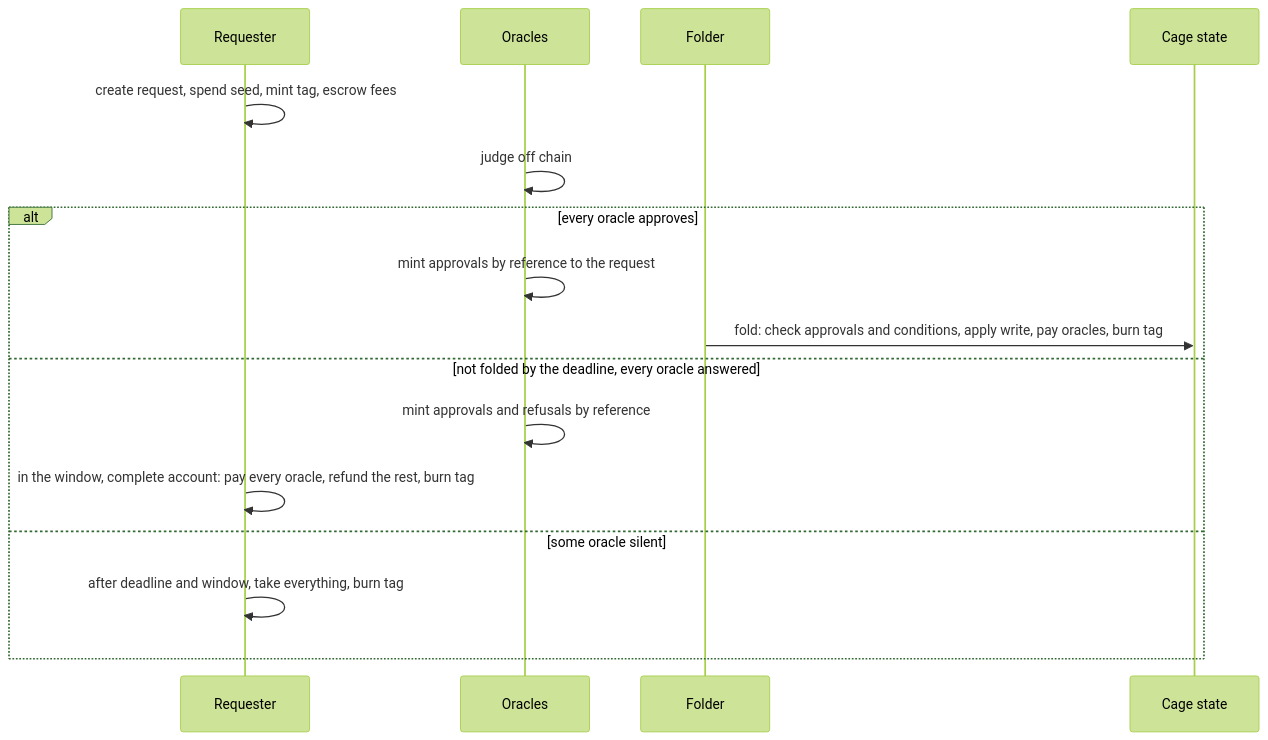
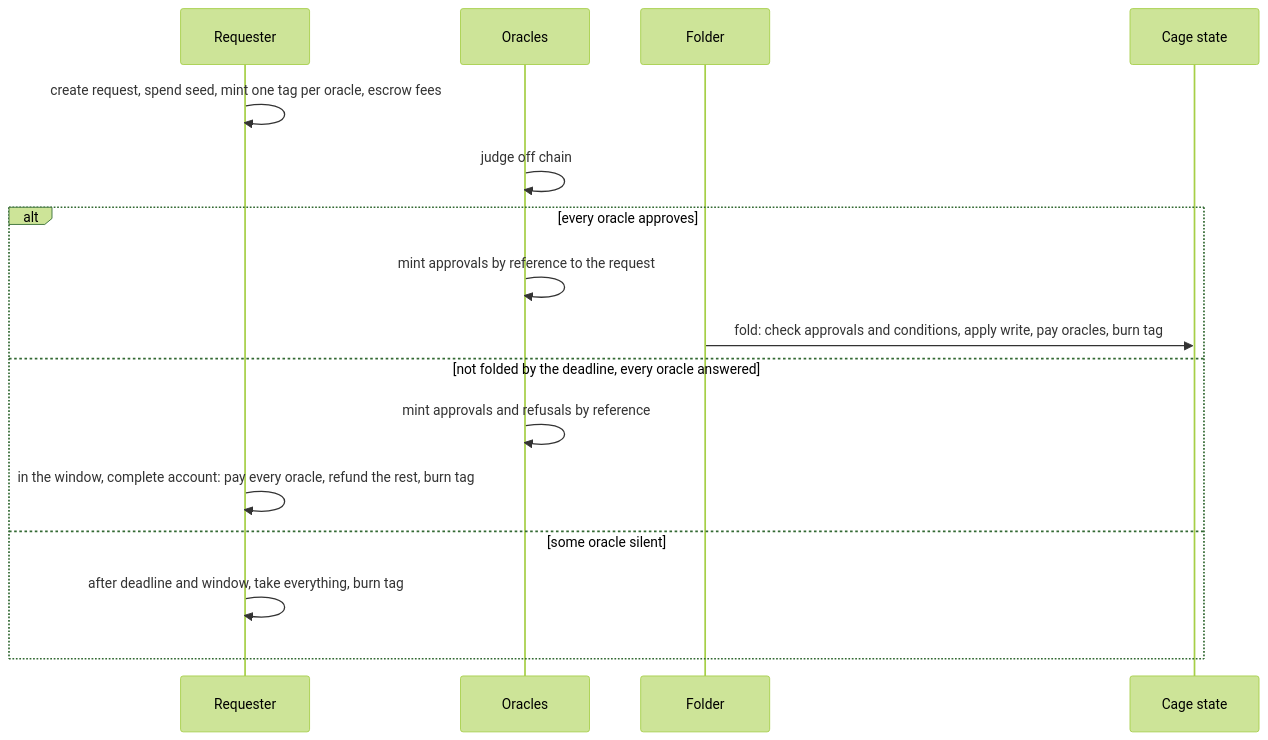
The diagram in specs/request-approval-fold/decisions.md (cardano-foundation/cardano-mpfs-onchain), drawn with Mermaid (forest theme) before and after one commit. The commit also changed other lines of this file and 5 other files, not shown here.

````diff
--- a/specs/request-approval-fold/decisions.md
+++ b/specs/request-approval-fold/decisions.md
@@ -183,18 +222,18 @@
 ```mermaid
 sequenceDiagram
   participant R as Requester
   participant O as Oracles
   participant F as Folder
   participant C as Cage state
-  R->>R: create request, spend seed, mint tag, escrow fees
+  R->>R: create request, spend seed, mint one tag per oracle, escrow fees
   O->>O: judge off chain
   alt every oracle approves
     O->>O: mint approvals by reference to the request
     F->>C: fold: check approvals and conditions, apply write, pay oracles, burn tag
   else not folded by the deadline, every oracle answered
     O->>O: mint approvals and refusals by reference
     R->>R: in the window, complete account: pay every oracle, refund the rest, burn tag
   else some oracle silent
     R->>R: after deadline and window, take everything, burn tag
   end
 ```
````
